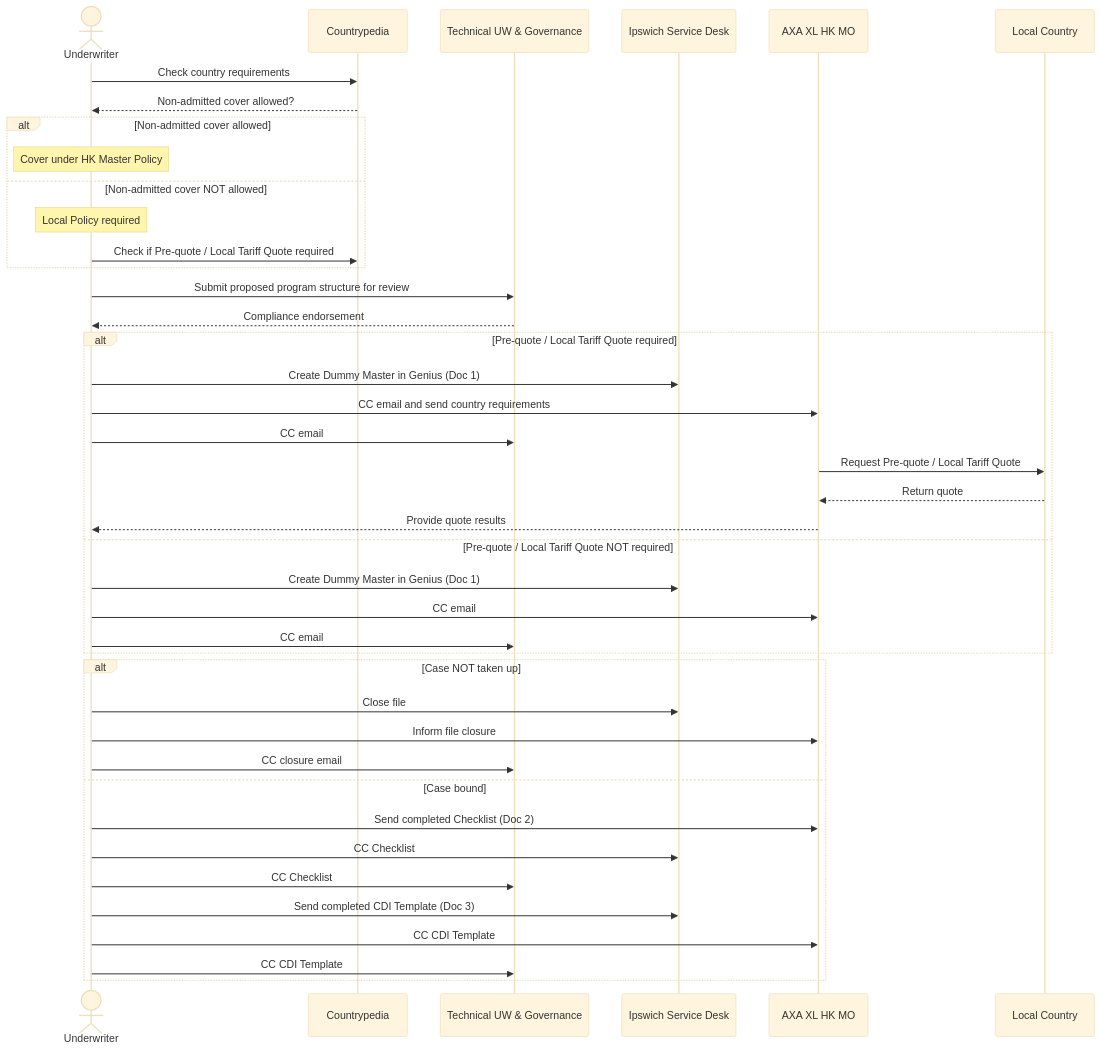
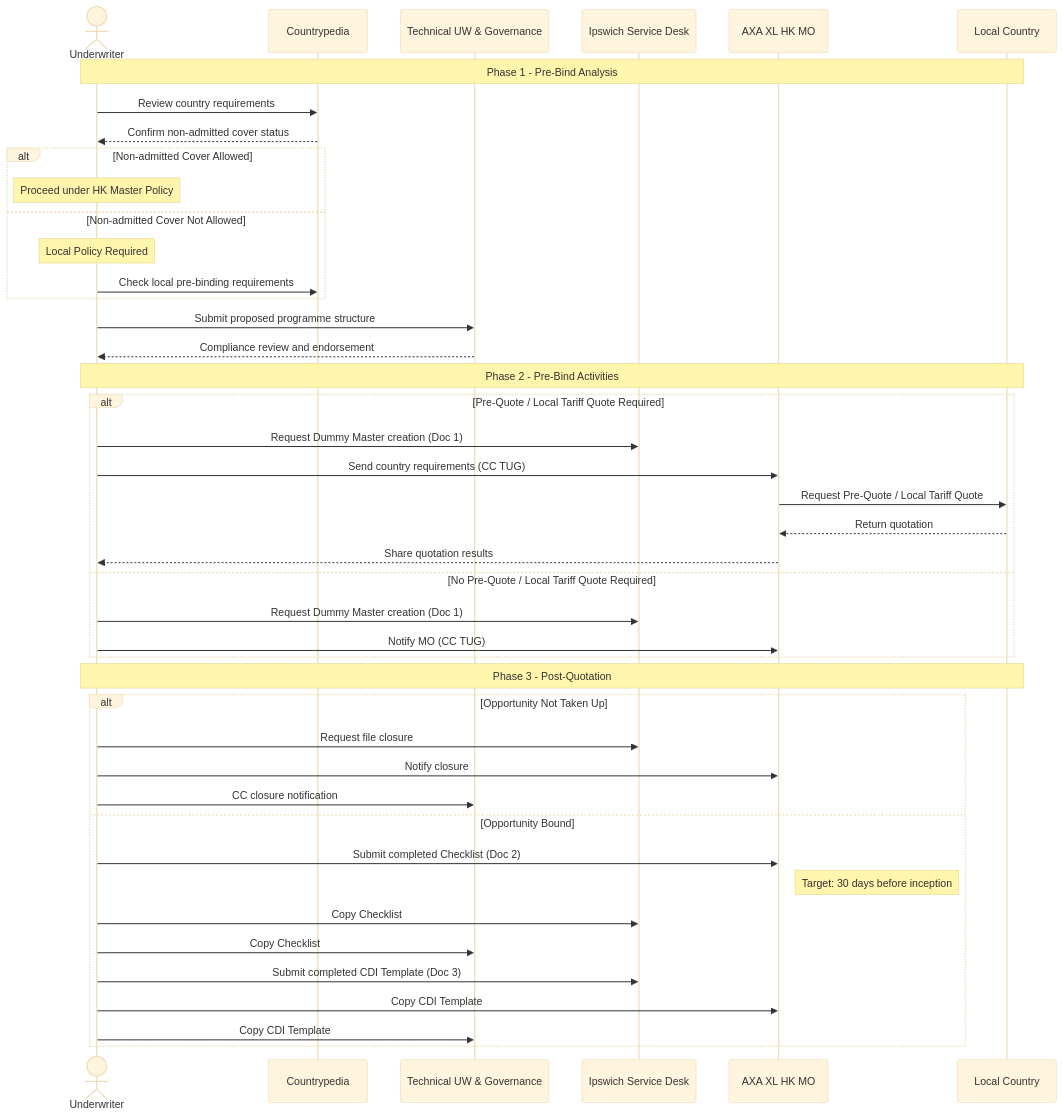
The diagram in AIS.md (raymwor-arch/Diagram), drawn with Mermaid (base theme) before and after one commit.

````diff
--- a/AIS.md
+++ b/AIS.md
@@ -1,49 +1,58 @@
 ```mermaid
 sequenceDiagram
     actor UW as Underwriter
     participant CP as Countrypedia
     participant TUG as Technical UW & Governance
     participant IPSD as Ipswich Service Desk
     participant MO as AXA XL HK MO
     participant LC as Local Country
 
-    UW->>CP: Check country requirements
-    CP-->>UW: Non-admitted cover allowed?
+    Note over UW,LC: Phase 1 - Pre-Bind Analysis
 
-    alt Non-admitted cover allowed
-        Note over UW: Cover under HK Master Policy
-    else Non-admitted cover NOT allowed
-        Note over UW: Local Policy required
-        UW->>CP: Check if Pre-quote / Local Tariff Quote required
+    UW->>CP: Review country requirements
+    CP-->>UW: Confirm non-admitted cover status
+
+    alt Non-admitted Cover Allowed
+        Note over UW: Proceed under HK Master Policy
+    else Non-admitted Cover Not Allowed
+        Note over UW: Local Policy Required
+        UW->>CP: Check local pre-binding requirements
     end
 
-    UW->>TUG: Submit proposed program structure for review
-    TUG-->>UW: Compliance endorsement
+    UW->>TUG: Submit proposed programme structure
+    TUG-->>UW: Compliance review and endorsement
 
-    alt Pre-quote / Local Tariff Quote required
-        UW->>IPSD: Create Dummy Master in Genius (Doc 1)
-        UW->>MO: CC email and send country requirements
-        UW->>TUG: CC email
-        MO->>LC: Request Pre-quote / Local Tariff Quote
-        LC-->>MO: Return quote
-        MO-->>UW: Provide quote results
-    else Pre-quote / Local Tariff Quote NOT required
-        UW->>IPSD: Create Dummy Master in Genius (Doc 1)
-        UW->>MO: CC email
-        UW->>TUG: CC email
+    Note over UW,LC: Phase 2 - Pre-Bind Activities
+
+    alt Pre-Quote / Local Tariff Quote Required
+        UW->>IPSD: Request Dummy Master creation (Doc 1)
+        UW->>MO: Send country requirements (CC TUG)
+
+        MO->>LC: Request Pre-Quote / Local Tariff Quote
+        LC-->>MO: Return quotation
+        MO-->>UW: Share quotation results
+
+    else No Pre-Quote / Local Tariff Quote Required
+        UW->>IPSD: Request Dummy Master creation (Doc 1)
+        UW->>MO: Notify MO (CC TUG)
     end
 
-    alt Case NOT taken up
-        UW->>IPSD: Close file
-        UW->>MO: Inform file closure
-        UW->>TUG: CC closure email
-    else Case bound
-        UW->>MO: Send completed Checklist (Doc 2)
-        UW->>IPSD: CC Checklist
-        UW->>TUG: CC Checklist
+    Note over UW,LC: Phase 3 - Post-Quotation
 
-        UW->>IPSD: Send completed CDI Template (Doc 3)
-        UW->>MO: CC CDI Template
-        UW->>TUG: CC CDI Template
+    alt Opportunity Not Taken Up
+        UW->>IPSD: Request file closure
+        UW->>MO: Notify closure
+        UW->>TUG: CC closure notification
+
+    else Opportunity Bound
+        UW->>MO: Submit completed Checklist (Doc 2)
+        Note right of MO: Target: 30 days before inception
+
+        UW->>IPSD: Copy Checklist
+        UW->>TUG: Copy Checklist
+
+        UW->>IPSD: Submit completed CDI Template (Doc 3)
+        UW->>MO: Copy CDI Template
+        UW->>TUG: Copy CDI Template
     end
 ```
````
